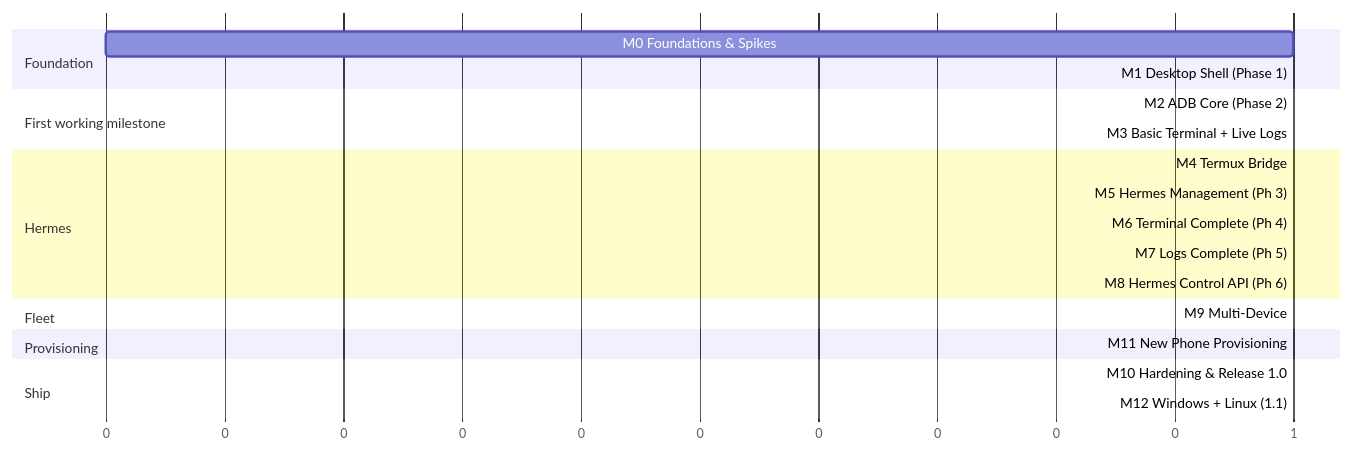
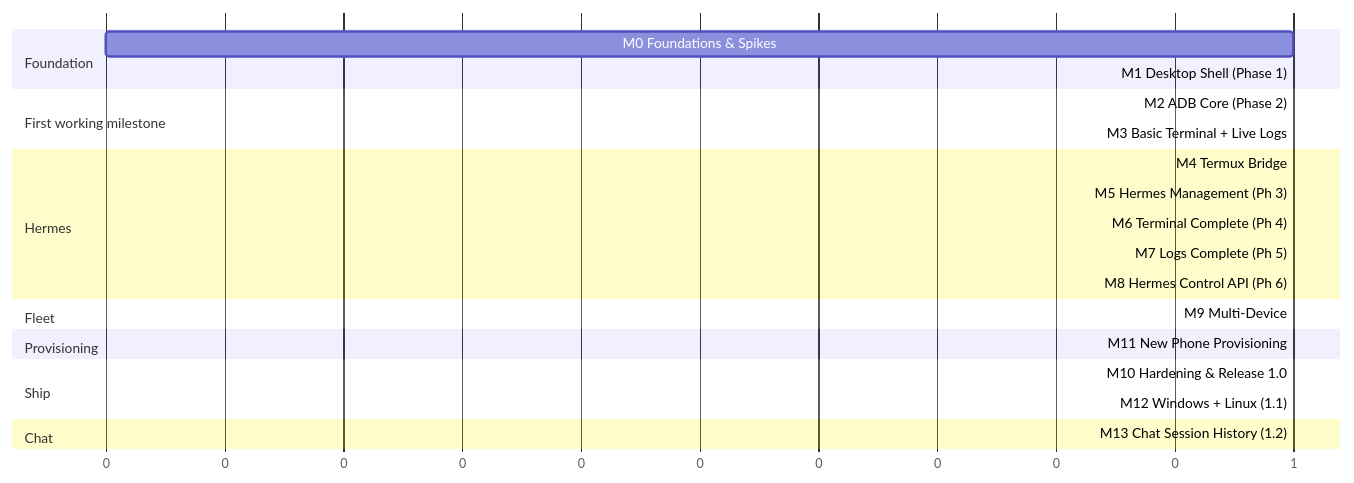
Before and after one commit to chesteralan/hermes-android-control-center: the diagram in docs/MILESTONES.md, drawn with Mermaid. The commit also changed other lines of this file and 14 other files, not shown here.

Commit message:
feat: add Hermes chat session history

````diff
--- a/docs/MILESTONES.md
+++ b/docs/MILESTONES.md
@@ -5,24 +5,26 @@
 ```mermaid
 gantt
   dateFormat X
   axisFormat %s
   section Foundation
   M0 Foundations & Spikes      :m0, 0, 1
   M1 Desktop Shell (Phase 1)   :m1, after m0, 1
   section First working milestone
   M2 ADB Core (Phase 2)        :m2, after m1, 1
   M3 Basic Terminal + Live Logs:m3, after m2, 1
   section Hermes
   M4 Termux Bridge             :m4, after m3, 1
   M5 Hermes Management (Ph 3)  :m5, after m4, 1
   M6 Terminal Complete (Ph 4)  :m6, after m5, 1
   M7 Logs Complete (Ph 5)      :m7, after m5, 1
   M8 Hermes Control API (Ph 6) :m8, after m7, 1
   section Fleet
   M9 Multi-Device              :m9, after m7, 1
   section Provisioning
   M11 New Phone Provisioning   :m11, after m6, 1
   section Ship
   M10 Hardening & Release 1.0  :m10, after m9 m11, 1
   M12 Windows + Linux (1.1)    :m12, after m10, 1
+  section Chat
+  M13 Chat Session History (1.2) :m13, after m12, 1
 ```
````
